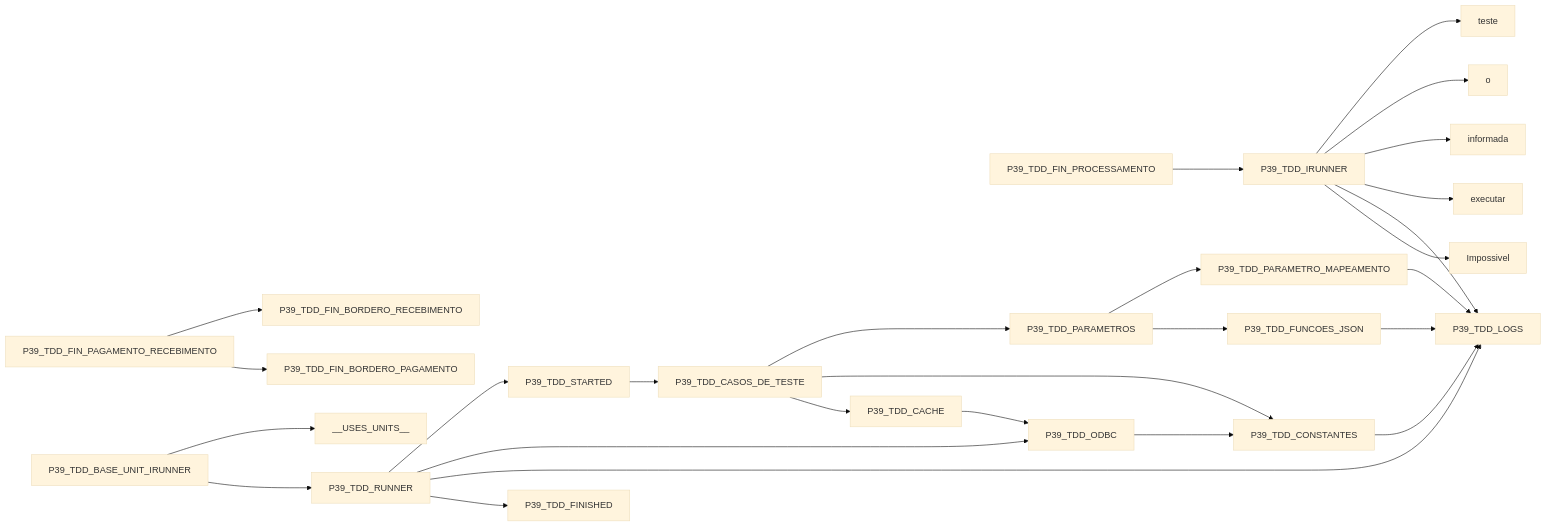
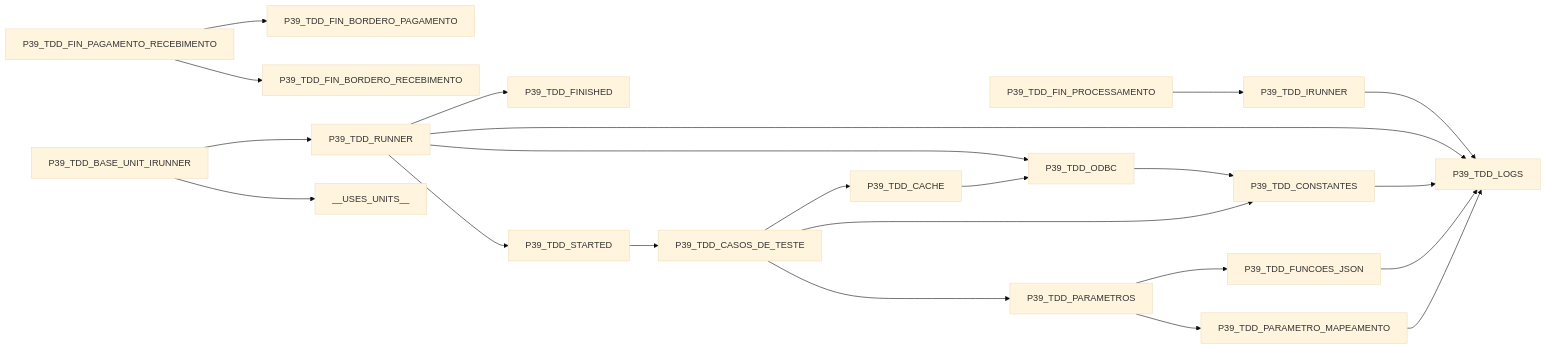
One commit to ModulosTestesAutomatizados/TestesAutomatizadosERP changed the diagram in docs/MAPEAMENTO_AST_USES_UNITS/runner/P39_TDD_IRUNNER.md. Above: the diagram before and after it, drawn with Mermaid (base theme). The commit also changed other lines of this file and 2 other files, not shown here.

Commit message:
fix(docs): exclui literais Pascal do grafo de uses

````diff
--- a/docs/MAPEAMENTO_AST_USES_UNITS/runner/P39_TDD_IRUNNER.md
+++ b/docs/MAPEAMENTO_AST_USES_UNITS/runner/P39_TDD_IRUNNER.md
@@ -5,52 +5,42 @@
 ```mermaid
 flowchart LR
-  Impossivel["Impossivel"]
   P39_TDD_BASE_UNIT_IRUNNER["P39_TDD_BASE_UNIT_IRUNNER"]
   P39_TDD_CACHE["P39_TDD_CACHE"]
   P39_TDD_CASOS_DE_TESTE["P39_TDD_CASOS_DE_TESTE"]
   P39_TDD_CONSTANTES["P39_TDD_CONSTANTES"]
   P39_TDD_FINISHED["P39_TDD_FINISHED"]
   P39_TDD_FIN_BORDERO_PAGAMENTO["P39_TDD_FIN_BORDERO_PAGAMENTO"]
   P39_TDD_FIN_BORDERO_RECEBIMENTO["P39_TDD_FIN_BORDERO_RECEBIMENTO"]
   P39_TDD_FIN_PAGAMENTO_RECEBIMENTO["P39_TDD_FIN_PAGAMENTO_RECEBIMENTO"]
   P39_TDD_FIN_PROCESSAMENTO["P39_TDD_FIN_PROCESSAMENTO"]
   P39_TDD_FUNCOES_JSON["P39_TDD_FUNCOES_JSON"]
   P39_TDD_IRUNNER["P39_TDD_IRUNNER"]
   P39_TDD_LOGS["P39_TDD_LOGS"]
   P39_TDD_ODBC["P39_TDD_ODBC"]
   P39_TDD_PARAMETROS["P39_TDD_PARAMETROS"]
   P39_TDD_PARAMETRO_MAPEAMENTO["P39_TDD_PARAMETRO_MAPEAMENTO"]
   P39_TDD_RUNNER["P39_TDD_RUNNER"]
   P39_TDD_STARTED["P39_TDD_STARTED"]
   __USES_UNITS__["__USES_UNITS__"]
-  executar["executar"]
-  informada["informada"]
-  o["o"]
-  teste["teste"]
   P39_TDD_BASE_UNIT_IRUNNER --> P39_TDD_RUNNER
   P39_TDD_BASE_UNIT_IRUNNER --> __USES_UNITS__
   P39_TDD_CACHE --> P39_TDD_ODBC
   P39_TDD_CASOS_DE_TESTE --> P39_TDD_CACHE
   P39_TDD_CASOS_DE_TESTE --> P39_TDD_CONSTANTES
   P39_TDD_CASOS_DE_TESTE --> P39_TDD_PARAMETROS
   P39_TDD_CONSTANTES --> P39_TDD_LOGS
   P39_TDD_FIN_PAGAMENTO_RECEBIMENTO --> P39_TDD_FIN_BORDERO_PAGAMENTO
   P39_TDD_FIN_PAGAMENTO_RECEBIMENTO --> P39_TDD_FIN_BORDERO_RECEBIMENTO
   P39_TDD_FIN_PROCESSAMENTO --> P39_TDD_IRUNNER
   P39_TDD_FUNCOES_JSON --> P39_TDD_LOGS
-  P39_TDD_IRUNNER --> Impossivel
   P39_TDD_IRUNNER --> P39_TDD_LOGS
-  P39_TDD_IRUNNER --> executar
-  P39_TDD_IRUNNER --> informada
-  P39_TDD_IRUNNER --> o
-  P39_TDD_IRUNNER --> teste
   P39_TDD_ODBC --> P39_TDD_CONSTANTES
   P39_TDD_PARAMETROS --> P39_TDD_FUNCOES_JSON
   P39_TDD_PARAMETROS --> P39_TDD_PARAMETRO_MAPEAMENTO
   P39_TDD_PARAMETRO_MAPEAMENTO --> P39_TDD_LOGS
   P39_TDD_RUNNER --> P39_TDD_FINISHED
   P39_TDD_RUNNER --> P39_TDD_LOGS
   P39_TDD_RUNNER --> P39_TDD_ODBC
   P39_TDD_RUNNER --> P39_TDD_STARTED
   P39_TDD_STARTED --> P39_TDD_CASOS_DE_TESTE
 ```
````
